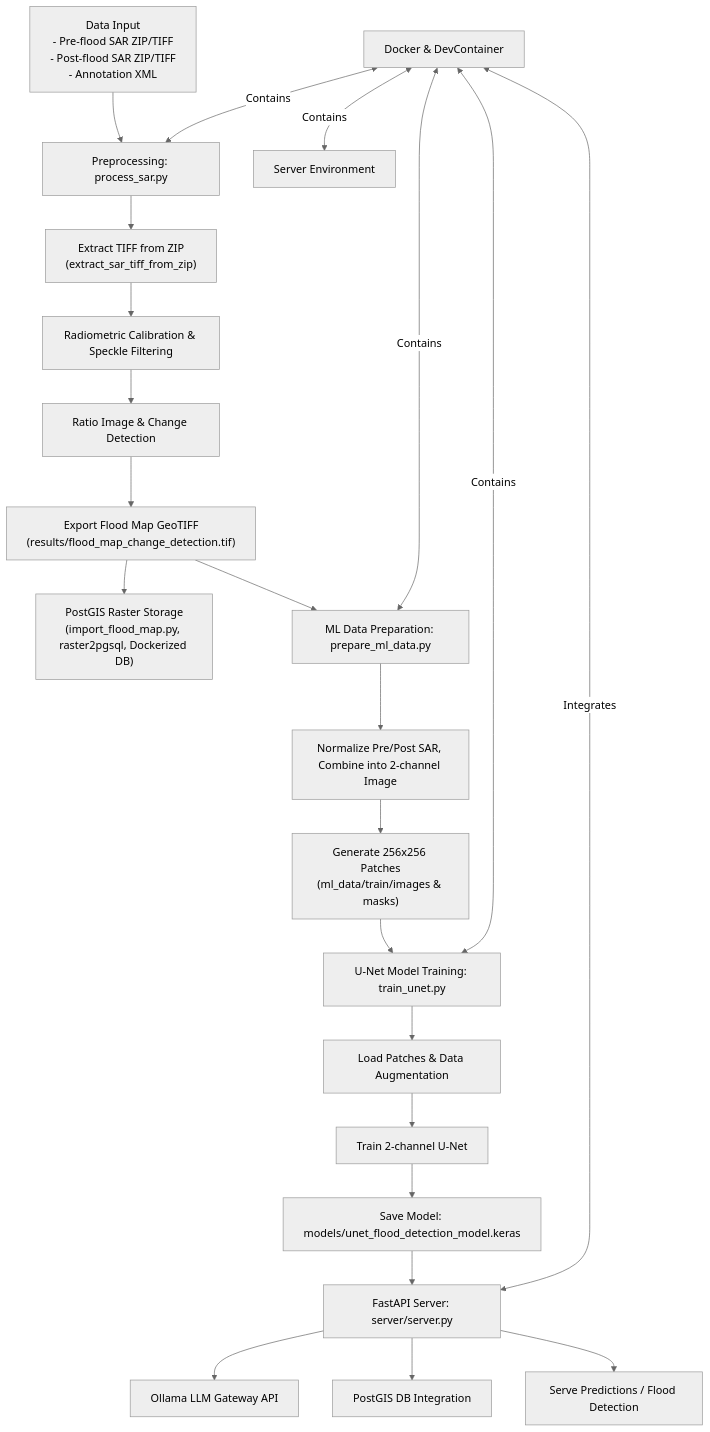
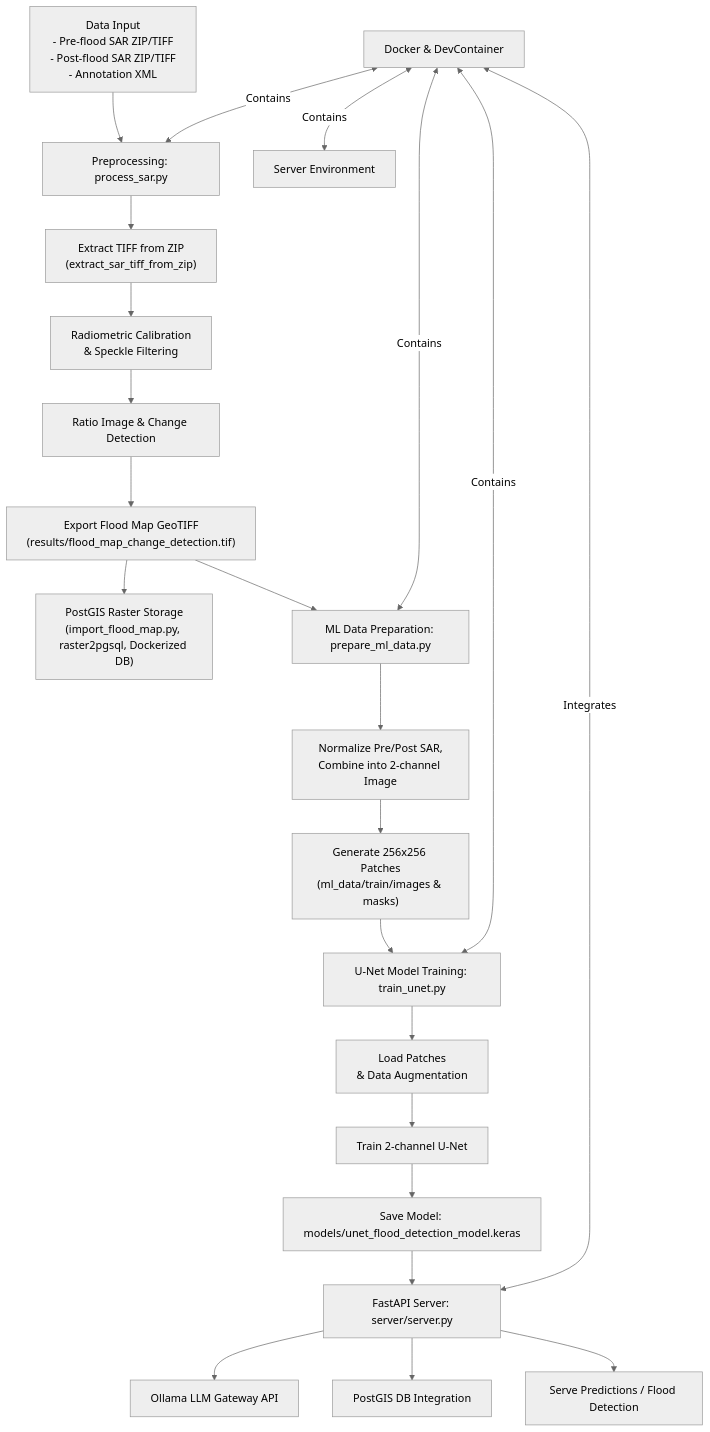
Before and after one commit to takashim0101/ashburton_flood_sar_analysis: the diagram in README.md, drawn with Mermaid (neutral theme). The commit also changed other lines of this file and 3 other files, not shown here.

````diff
--- a/README.md
+++ b/README.md
@@ -26,39 +26,39 @@
 ```mermaid
 flowchart TD
     %% Data Input
     A["Data Input<br>- Pre-flood SAR ZIP/TIFF<br>- Post-flood SAR ZIP/TIFF<br>- Annotation XML"] --> B["Preprocessing: process_sar.py"]
 
     %% Preprocessing steps
     B --> B0["Extract TIFF from ZIP<br>(extract_sar_tiff_from_zip)"]
-    B0 --> B1["Radiometric Calibration & Speckle Filtering"]
+    B0 --> B1["Radiometric Calibration<br>& Speckle Filtering"]
     B1 --> B2["Ratio Image & Change Detection"]
     B2 --> B3["Export Flood Map GeoTIFF<br>(results/flood_map_change_detection.tif)"]
 
     %% PostGIS Raster Storage (for analysis/visualization)
     B3 --> B4["PostGIS Raster Storage<br>(import_flood_map.py, raster2pgsql, Dockerized DB)"]
 
     %% ML Data Preparation (from results/ TIFFs)
     B3 --> C["ML Data Preparation: prepare_ml_data.py"]
-    C --> C1["Normalize Pre/Post SAR, Combine into 2-channel Image"]
+    C --> C1["Normalize Pre/Post SAR,<br>Combine into 2-channel Image"]
     C1 --> C2["Generate 256x256 Patches<br>(ml_data/train/images & masks)"]
 
     %% U-Net Training
     C2 --> D["U-Net Model Training: train_unet.py"]
-    D --> D1["Load Patches & Data Augmentation"]
+    D --> D1["Load Patches<br>& Data Augmentation"]
     D1 --> D2["Train 2-channel U-Net"]
     D2 --> D3["Save Model: models/unet_flood_detection_model.keras"]
 
     %% API / Server
     D3 --> E["FastAPI Server: server/server.py"]
     E --> E1["Ollama LLM Gateway API"]
     E --> E2["PostGIS DB Integration"]
     E --> E3["Serve Predictions / Flood Detection"]
 
     %% Docker Integration
     G["Server Environment"]
     F["Docker & DevContainer"]<-->|Integrates| E
     F <-->|Contains| D
     F <-->|Contains| C
     F <-->|Contains| B
     F <-->|Contains| G
 ```
````
